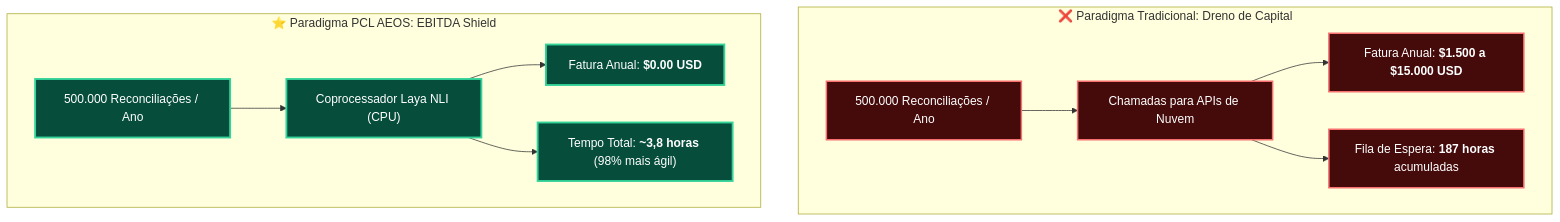
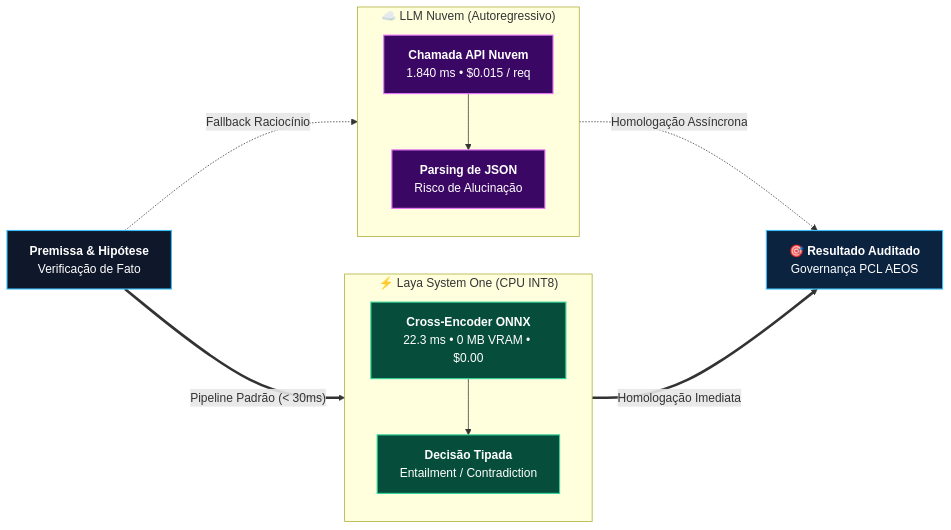
One commit to EnterDufter/PromptCoreLabs_AEOS changed the diagram in projects/pcl-aeos-harmonization/audits/BENCHMARK-NEURAL-NLI-2026-10-16.md. Above: the diagram before and after it, drawn with Mermaid. The commit also changed 8 other files, not shown here.

Commit message:
docs(mermaid): padronizar 15 diagramas calibrados v7 no repo, github pages e skill cortex

````diff
--- a/projects/pcl-aeos-harmonization/audits/BENCHMARK-NEURAL-NLI-2026-10-16.md
+++ b/projects/pcl-aeos-harmonization/audits/BENCHMARK-NEURAL-NLI-2026-10-16.md
@@ -66,21 +66,31 @@
 ```mermaid
-%%{init: {'theme': 'dark', 'themeVariables': { 'fontSize': '14px', 'fontFamily': 'Inter, sans-serif' }}%%
-flowchart TD
-    subgraph NuvemTradicional["❌ Paradigma Tradicional: Dreno de Capital"]
-        Req1["500.000 Reconciliações / Ano"] --> Cloud["Chamadas para APIs de Nuvem"]
-        Cloud --> Fatura["Fatura Anual: <b>$1.500 a $15.000 USD</b>"]
-        Cloud --> Fila["Fila de Espera: <b>187 horas</b> acumuladas"]
+flowchart LR
+    classDef input fill:#0f172a,stroke:#38bdf8,stroke-width:1.5px,color:#ffffff;
+    classDef laya fill:#064e3b,stroke:#34d399,stroke-width:1.5px,color:#ffffff;
+    classDef llm fill:#3b0764,stroke:#e879f9,stroke-width:1.5px,color:#ffffff;
+    classDef result fill:#0c2340,stroke:#38bdf8,stroke-width:1.5px,color:#ffffff;
+
+    Entrada["<b>Premissa & Hipótese</b><br/>Verificação de Fato"]:::input
+
+    subgraph RotaLaya ["⚡ Laya System One (CPU INT8)"]
+        direction TB
+        ONNX["<b>Cross-Encoder ONNX</b><br/>22.3 ms • 0 MB VRAM • $0.00"]:::laya
+        DecLaya["<b>Decisão Tipada</b><br/>Entailment / Contradiction"]:::laya
+        ONNX --> DecLaya
     end
 
-    subgraph PCL_Soberano["⭐ Paradigma PCL AEOS: EBITDA Shield"]
-        Req2["500.000 Reconciliações / Ano"] --> Laya["Coprocessador Laya NLI (CPU)"]
-        Laya --> CustoZero["Fatura Anual: <b>$0.00 USD</b>"]
-        Laya --> TempoZero["Tempo Total: <b>~3,8 horas</b> (98% mais ágil)"]
+    subgraph RotaLLM ["☁️ LLM Nuvem (Autoregressivo)"]
+        direction TB
+        API["<b>Chamada API Nuvem</b><br/>1.840 ms • $0.015 / req"]:::llm
+        DecLLM["<b>Parsing de JSON</b><br/>Risco de Alucinação"]:::llm
+        API --> DecLLM
     end
 
-    classDef nuvem fill:#450a0a,stroke:#f87171,stroke-width:2px,color:#fff;
-    classDef laya fill:#064e3b,stroke:#34d399,stroke-width:2.5px,color:#fff;
+    Saida["🎯 <b>Resultado Auditado</b><br/>Governança PCL AEOS"]:::result
 
-    class Req1,Cloud,Fatura,Fila nuvem;
-    class Req2,Laya,CustoZero,TempoZero laya;
+    Entrada ==>|"Pipeline Padrão (< 30ms)"| ONNX
+    Entrada -.->|"Fallback Raciocínio"| API
+
+    DecLaya ==>|"Homologação Imediata"| Saida
+    DecLLM -.->|"Homologação Assíncrona"| Saida
 ```
````
